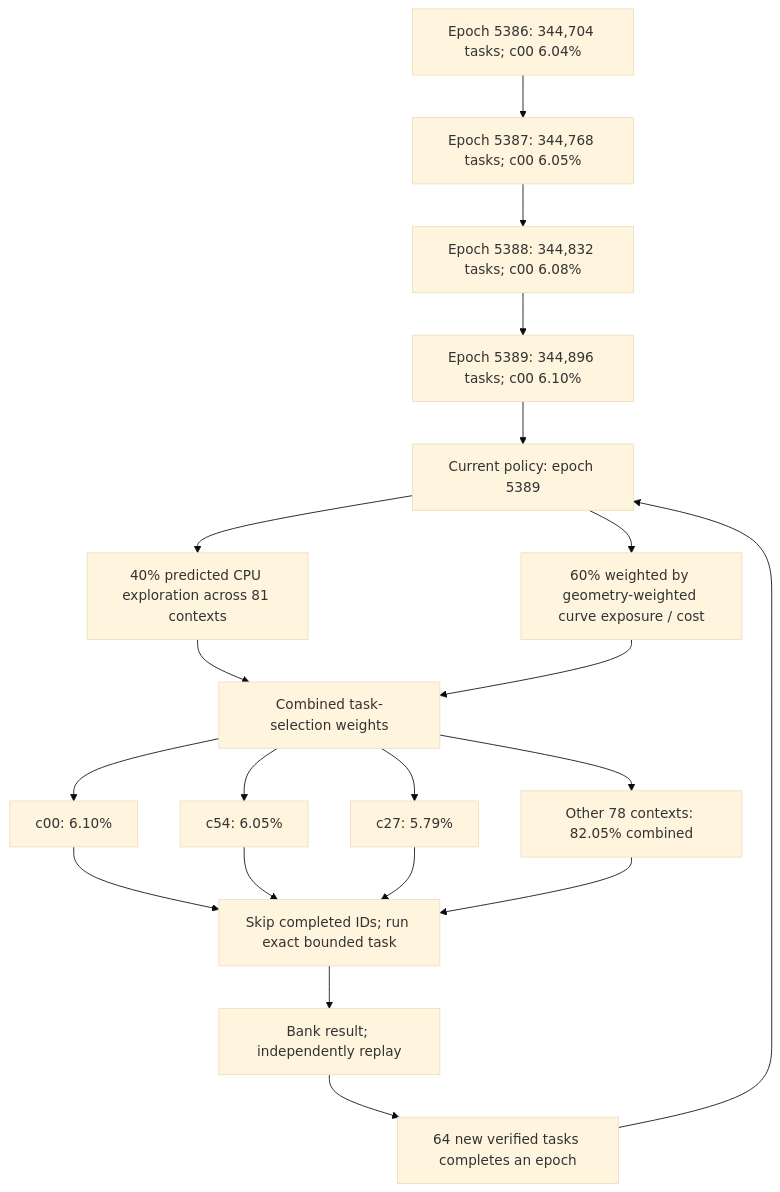
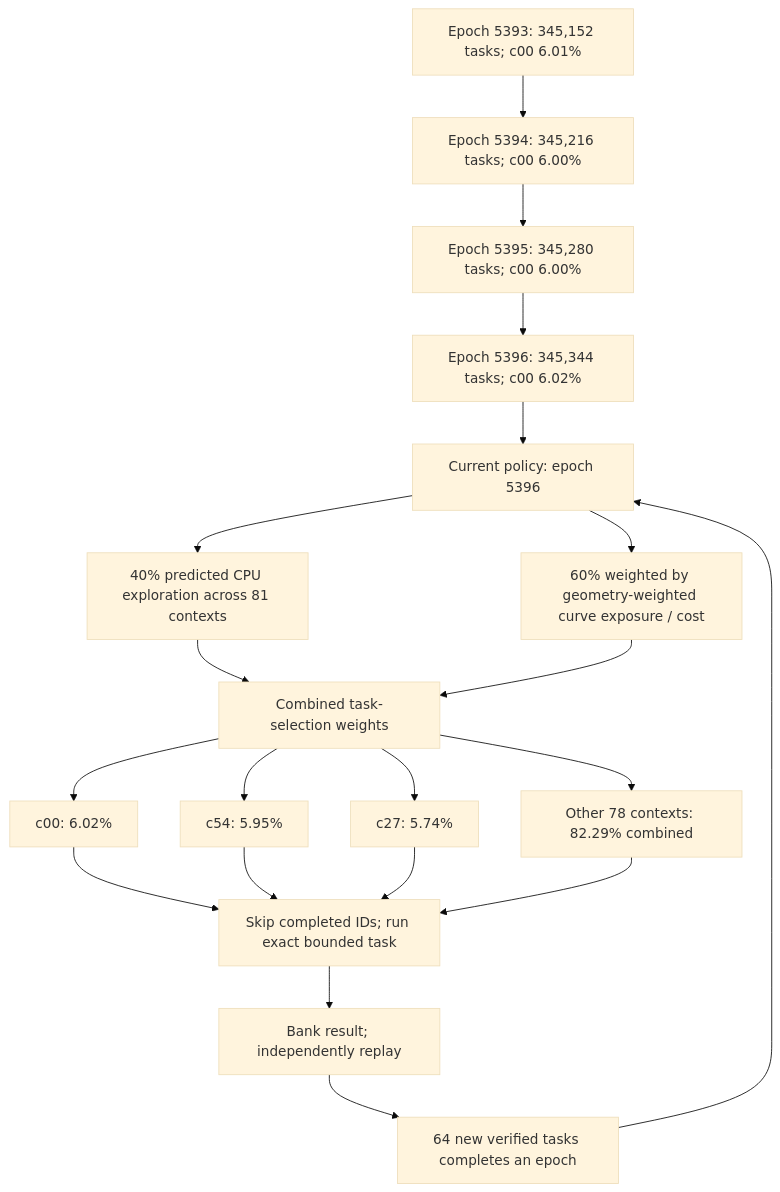
The first of 3 diagrams in README.md (Kuberwastaken/math-gambling), drawn with Mermaid (base theme) before and after one commit. The commit also changed other lines of this file and 1363 other files, not shown here.

````diff
--- a/README.md
+++ b/README.md
@@ -60,27 +60,27 @@
 ```mermaid
 flowchart TD
-    H0["Epoch 5386: 344,704 tasks; c00 6.04%"]
-    H1["Epoch 5387: 344,768 tasks; c00 6.05%"]
+    H0["Epoch 5393: 345,152 tasks; c00 6.01%"]
+    H1["Epoch 5394: 345,216 tasks; c00 6.00%"]
     H0 --> H1
-    H2["Epoch 5388: 344,832 tasks; c00 6.08%"]
+    H2["Epoch 5395: 345,280 tasks; c00 6.00%"]
     H1 --> H2
-    H3["Epoch 5389: 344,896 tasks; c00 6.10%"]
+    H3["Epoch 5396: 345,344 tasks; c00 6.02%"]
     H2 --> H3
-    Policy["Current policy: epoch 5389"]
+    Policy["Current policy: epoch 5396"]
     H3 --> Policy
     Policy --> Explore["40% predicted CPU exploration across 81 contexts"]
     Policy --> Cost["60% weighted by geometry-weighted curve exposure / cost"]
     Explore --> Mix["Combined task-selection weights"]
     Cost --> Mix
-    Mix --> C0["c00: 6.10%"]
-    Mix --> C1["c54: 6.05%"]
-    Mix --> C2["c27: 5.79%"]
-    Mix --> Rest["Other 78 contexts: 82.05% combined"]
+    Mix --> C0["c00: 6.02%"]
+    Mix --> C1["c54: 5.95%"]
+    Mix --> C2["c27: 5.74%"]
+    Mix --> Rest["Other 78 contexts: 82.29% combined"]
     C0 --> Check["Skip completed IDs; run exact bounded task"]
     C1 --> Check
     C2 --> Check
     Rest --> Check
     Check --> Replay["Bank result; independently replay"]
     Replay --> Gate["64 new verified tasks completes an epoch"]
     Gate --> Policy
 ```
````
